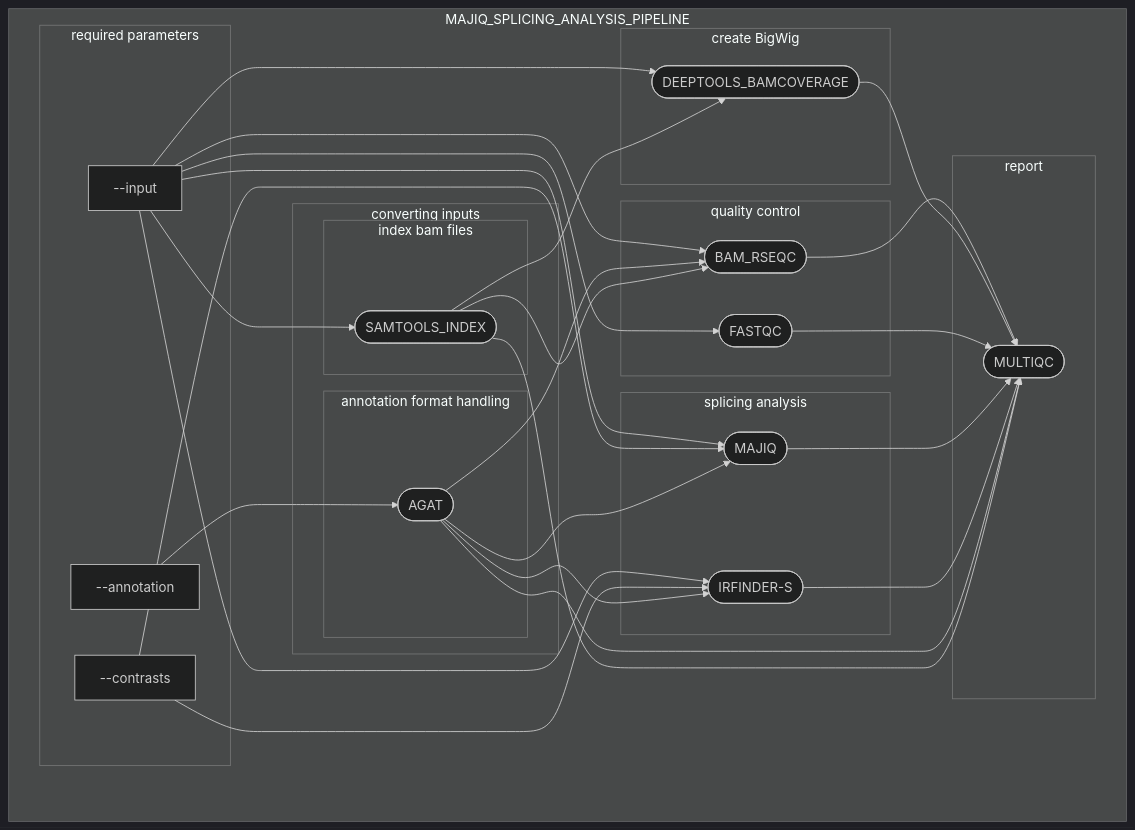
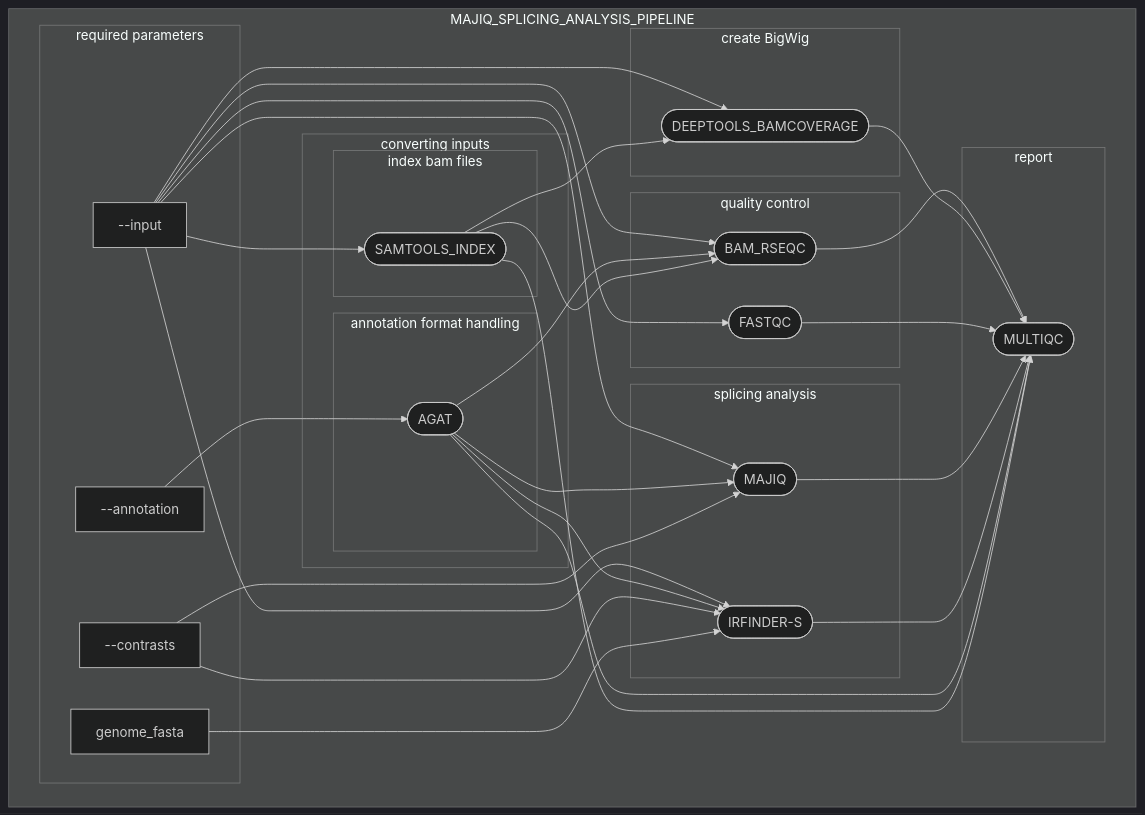
Before and after one commit to ZarnackGroup/majiq_splicing_analysis_pipeline: the diagram in README.md, drawn with Mermaid (dark theme).

Commit message:
update mermaid

````diff
--- a/README.md
+++ b/README.md
@@ -17,56 +17,58 @@
 ```mermaid
 flowchart TB
   subgraph MAJIQ_SPLICING_ANALYSIS_PIPELINE
     subgraph required parameters
       v0["--input"]
       v2["--annotation"]
       v1["--contrasts"]
+      v3["genome_fasta"]
       
     end
 
     subgraph s20["converting inputs"]
           subgraph s100["index bam files"]
                v15([SAMTOOLS_INDEX])
           end
           subgraph s2["annotation format handling"]
                v9([AGAT])
           end
      end
     subgraph s3["splicing analysis"]
       v25([MAJIQ])
       v26([IRFINDER-S])
     end
     subgraph s4["create BigWig"]
       v19([DEEPTOOLS_BAMCOVERAGE])
     end
     subgraph s7["quality control"]
       v32([BAM_RSEQC])
       v22([FASTQC])
     end
     subgraph report
       v63([MULTIQC])
     end
     v2 --> v9
     v0 --> v15
     v0 --> v19
     v15 --> v19
     v0 --> v22
     v0 --> v25
     v0 --> v26
     v0 --> v32
-    v1 --> v26
-    v1 --> v25
     v9 --> v25
     v9 --> v26
     v9 --> v32
+    v1 --> v26
+    v1 --> v25
+    v3 --> v26
     v15 --> v32
     v32 --> v63
     v19 --> v63
     v22 --> v63
     v25 --> v63
     v26 --> v63
     v9 --> v63
     v15 --> v63
   end
 
 ```
````
